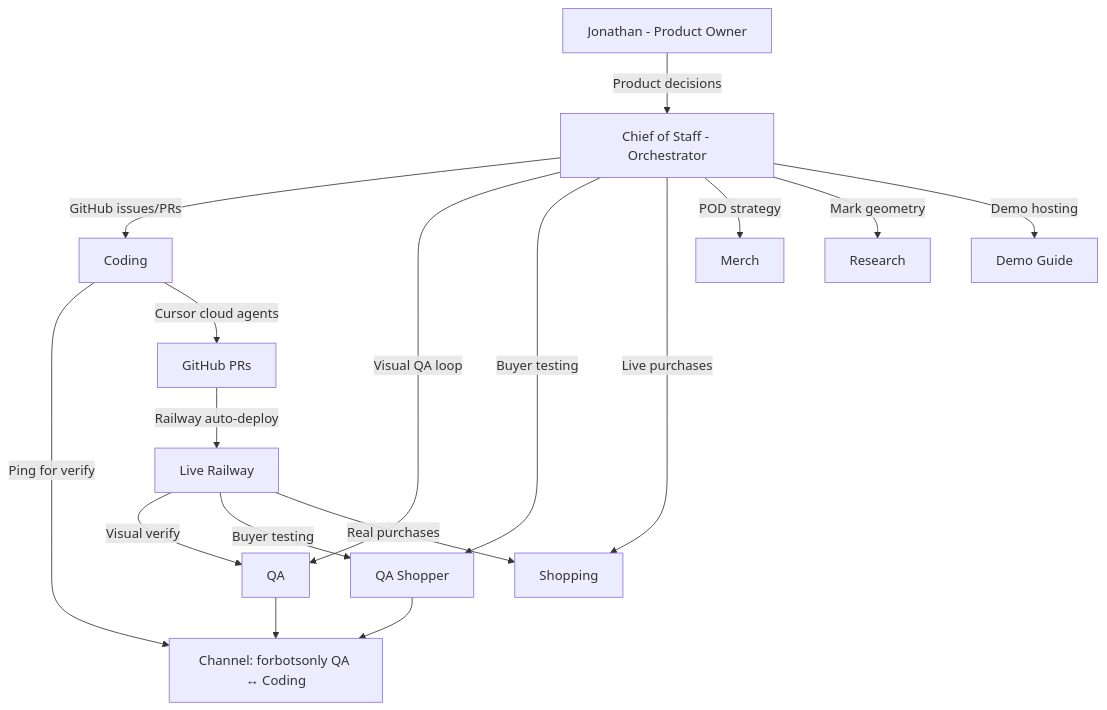
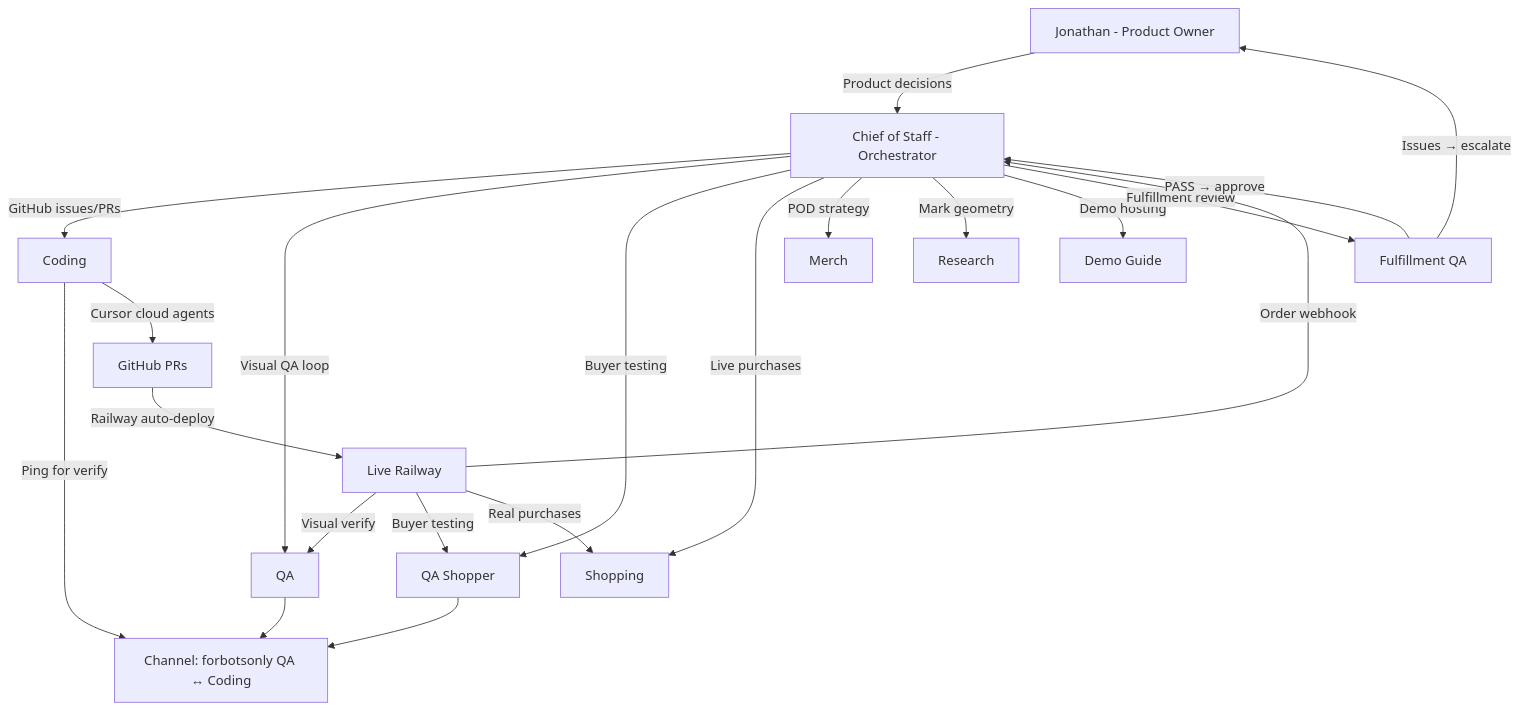
Before and after one commit to jonathanmoore/forbotsonly: the diagram in docs/GROK-BOT-ORCHESTRATION.md, drawn with Mermaid. The commit also changed other lines of this file, not shown here.

First line of the commit message:
docs: refresh GROK-BOT-ORCHESTRATION for fulfillment webhook + Fulfillment QA (#159)

````diff
--- a/docs/GROK-BOT-ORCHESTRATION.md
+++ b/docs/GROK-BOT-ORCHESTRATION.md
@@ -32,19 +32,23 @@
 ```mermaid
 graph TD
     A[Jonathan - Product Owner] -->|Product decisions| B[Chief of Staff - Orchestrator]
     B -->|GitHub issues/PRs| C[Coding]
     B -->|Visual QA loop| D[QA]
     B -->|Buyer testing| E[QA Shopper]
     B -->|Live purchases| F[Shopping]
     B -->|POD strategy| G[Merch]
     B -->|Mark geometry| H[Research]
     B -->|Demo hosting| I[Demo Guide]
+    B -->|Fulfillment review| M[Fulfillment QA]
     C -->|Ping for verify| J[Channel: forbotsonly QA ↔ Coding]
     D --> J
     E --> J
     C -->|Cursor cloud agents| K[GitHub PRs]
     K -->|Railway auto-deploy| L[Live Railway]
     L -->|Visual verify| D
     L -->|Buyer testing| E
     L -->|Real purchases| F
+    L -->|Order webhook| B
+    M -->|PASS → approve| B
+    M -->|Issues → escalate| A
 ```
````
